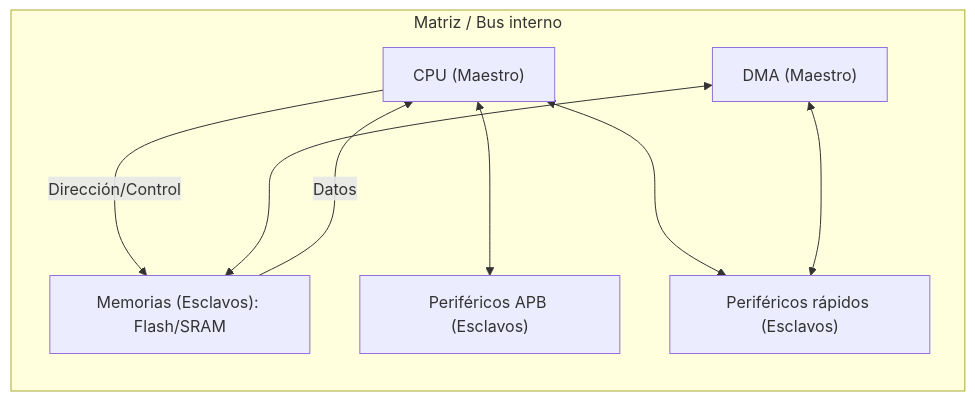
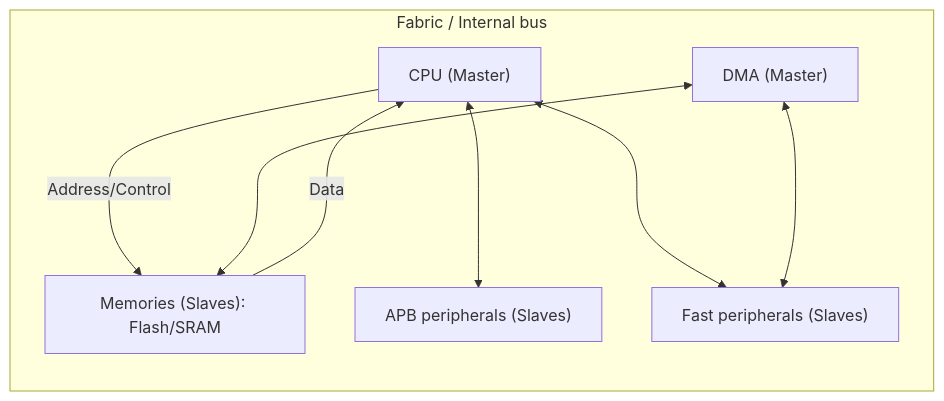
One commit to Gulden8ag/embedded1 changed the second of 5 diagrams in docs/Bloque0-Introduccion/Tema_A.md. Above: the diagram before and after it, drawn with Mermaid. The commit also changed other lines of this file and 12 other files, not shown here.

````diff
--- a/docs/Bloque0-Introduccion/Tema_A.md
+++ b/docs/Bloque0-Introduccion/Tema_A.md
@@ -169,18 +169,18 @@
 ```mermaid
 flowchart LR
-  subgraph Fabric[Matriz / Bus interno]
-    CPU2["CPU (Maestro)"]
-    DMA2["DMA (Maestro)"]
-    MEM2["Memorias (Esclavos): Flash/SRAM"]
-    P1["Periféricos APB (Esclavos)"]
-    P2["Periféricos rápidos (Esclavos)"]
+  subgraph Fabric[Fabric / Internal bus]
+    CPU2["CPU (Master)"]
+    DMA2["DMA (Master)"]
+    MEM2["Memories (Slaves): Flash/SRAM"]
+    P1["APB peripherals (Slaves)"]
+    P2["Fast peripherals (Slaves)"]
   end
 
-  CPU2 -->|Dirección/Control| MEM2
-  MEM2 -->|Datos| CPU2
+  CPU2 -->|Address/Control| MEM2
+  MEM2 -->|Data| CPU2
 
   CPU2 <---> P1
   CPU2 <---> P2
   DMA2 <---> MEM2
   DMA2 <---> P2
 ```
````
